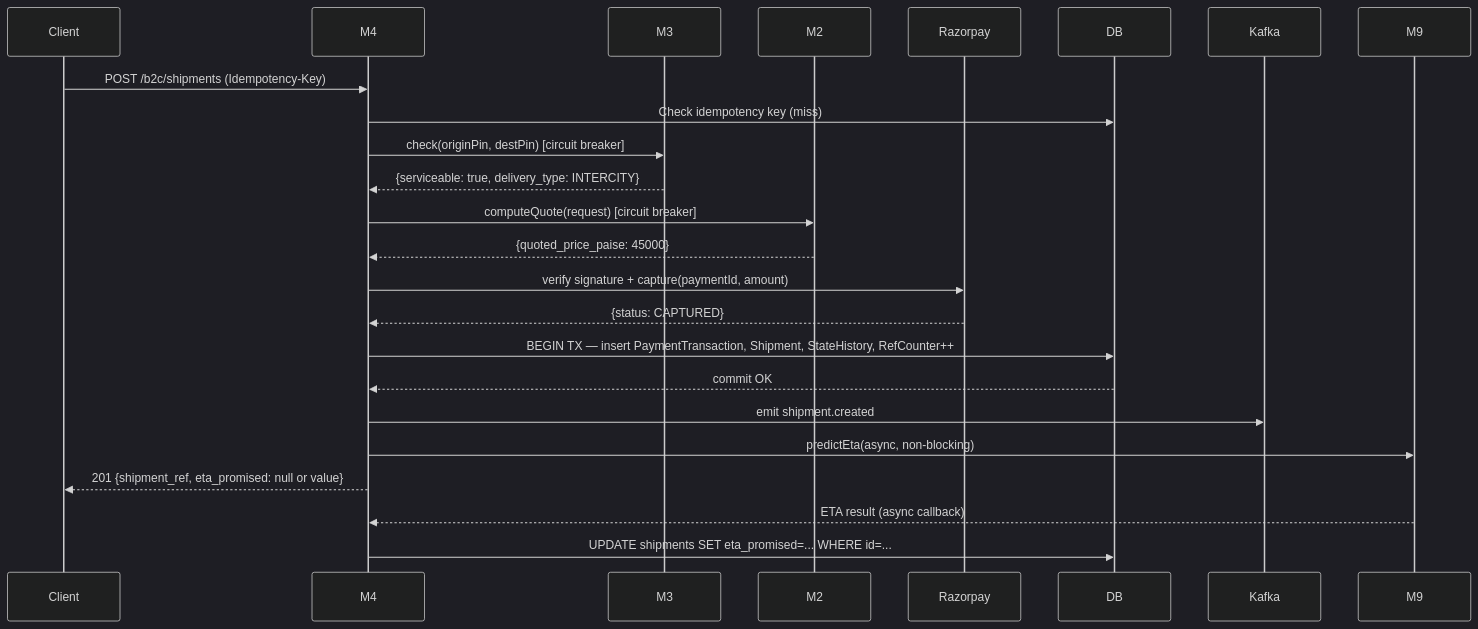
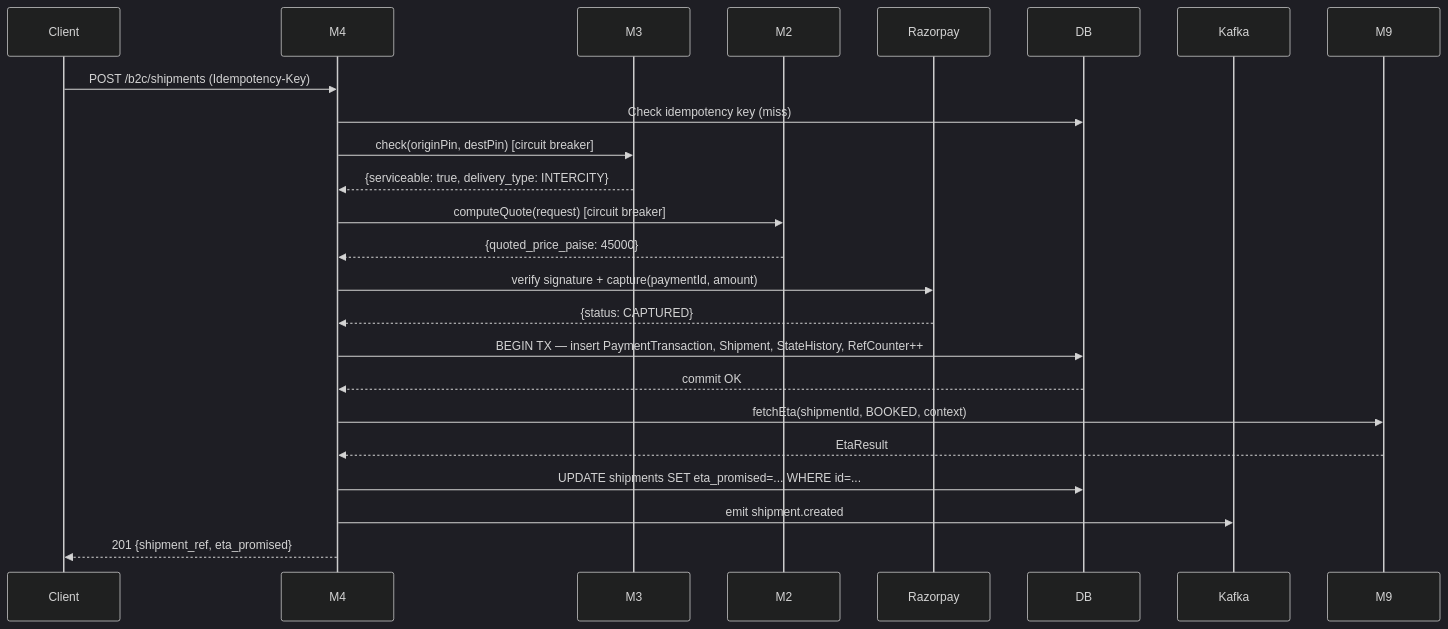
Before and after one commit to Sidarthapati/one_day_delivery: the first of 2 diagrams in docs/design/M4-ORDERS-DESIGN.md, drawn with Mermaid (dark theme). The commit also changed other lines of this file and 1 other file, not shown here.

First line of the commit message:
docs: M4 has zero ETA logic — all delegated to M9 via EtaPort.fetchEta()

````diff
--- a/docs/design/M4-ORDERS-DESIGN.md
+++ b/docs/design/M4-ORDERS-DESIGN.md
@@ -1254,27 +1237,27 @@
 ```mermaid
 sequenceDiagram
     participant Client
     participant M4
     participant M3
     participant M2
     participant Razorpay
     participant DB
     participant Kafka
     participant M9
 
     Client->>M4: POST /b2c/shipments (Idempotency-Key)
     M4->>DB: Check idempotency key (miss)
     M4->>M3: check(originPin, destPin) [circuit breaker]
     M3-->>M4: {serviceable: true, delivery_type: INTERCITY}
     M4->>M2: computeQuote(request) [circuit breaker]
     M2-->>M4: {quoted_price_paise: 45000}
     M4->>Razorpay: verify signature + capture(paymentId, amount)
     Razorpay-->>M4: {status: CAPTURED}
     M4->>DB: BEGIN TX — insert PaymentTransaction, Shipment, StateHistory, RefCounter++
     DB-->>M4: commit OK
+    M4->>M9: fetchEta(shipmentId, BOOKED, context)
+    M9-->>M4: EtaResult
+    M4->>DB: UPDATE shipments SET eta_promised=... WHERE id=...
     M4->>Kafka: emit shipment.created
-    M4->>M9: predictEta(async, non-blocking)
-    M4-->>Client: 201 {shipment_ref, eta_promised: null or value}
-    M9-->>M4: ETA result (async callback)
-    M4->>DB: UPDATE shipments SET eta_promised=... WHERE id=...
+    M4-->>Client: 201 {shipment_ref, eta_promised}
 ```
````
